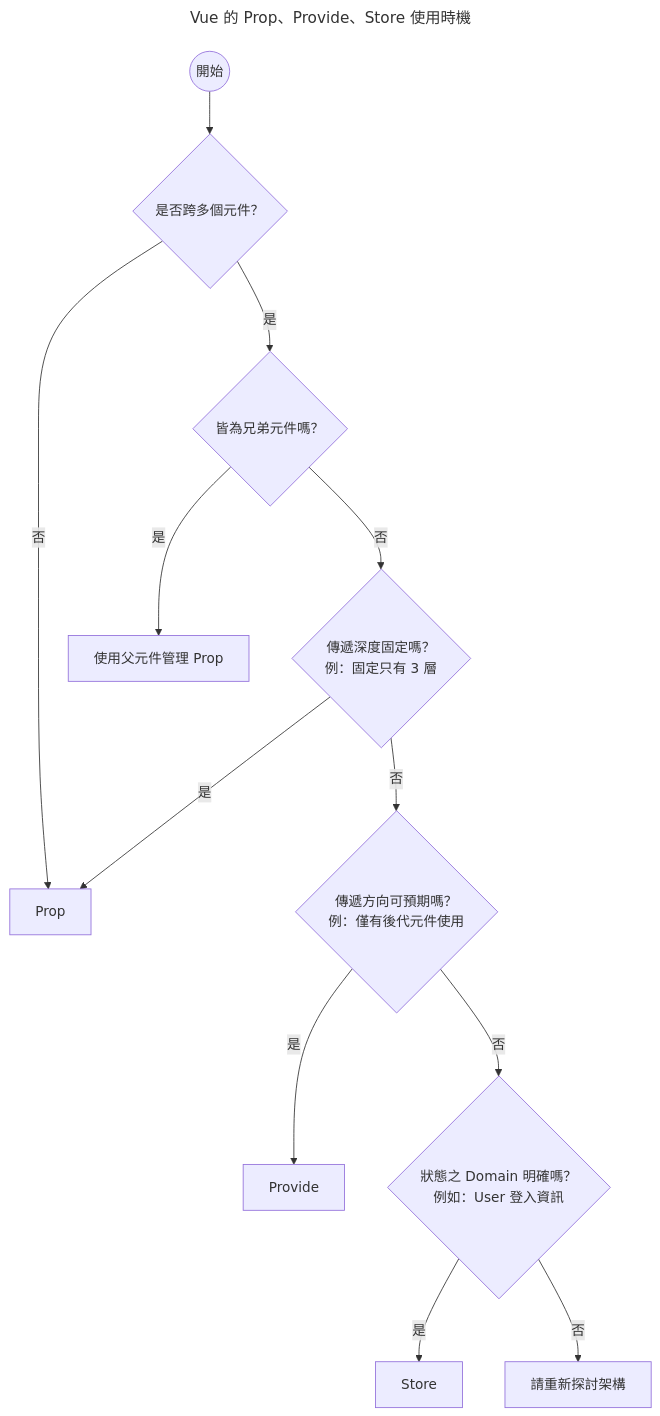
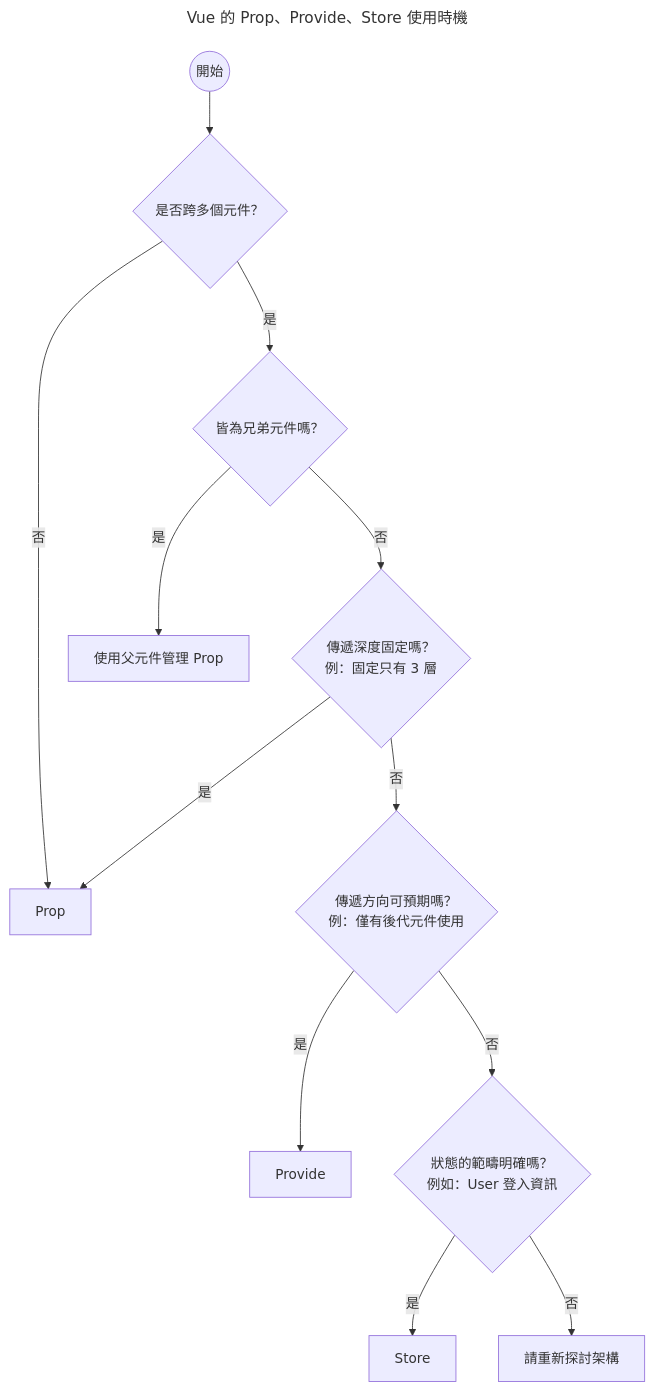
Before and after one commit to Codfisher/cod-aquarium: the diagram in content/blog-vue/241212.about-vue-data-flow.md, drawn with Mermaid.

````diff
--- a/content/blog-vue/241212.about-vue-data-flow.md
+++ b/content/blog-vue/241212.about-vue-data-flow.md
@@ -38,31 +38,31 @@
 ```mermaid
 ---
 title: Vue 的 Prop、Provide、Store 使用時機
 ---
 
 flowchart TD
     A((開始)) --> B{是否跨多個元件？}
 
     B --否--> R1
     B --是--> C{皆為兄弟元件嗎？}
 
     C --是--> R2
     C --否--> D{傳遞深度固定嗎？
     例：固定只有 3 層}
 
     D --是--> R1
     D --否--> E{傳遞方向可預期嗎？
     例：僅有後代元件使用}
 
     E --是--> R3
-    E --否--> F{狀態之 Domain 明確嗎？
+    E --否--> F{狀態的範疇明確嗎？
     例如：User 登入資訊}
 
     F --是--> R4
     F --否--> 請重新探討架構
 
     R1[Prop]
     R2[使用父元件管理 Prop]
     R3[Provide]
     R4[Store]
 ```
````
